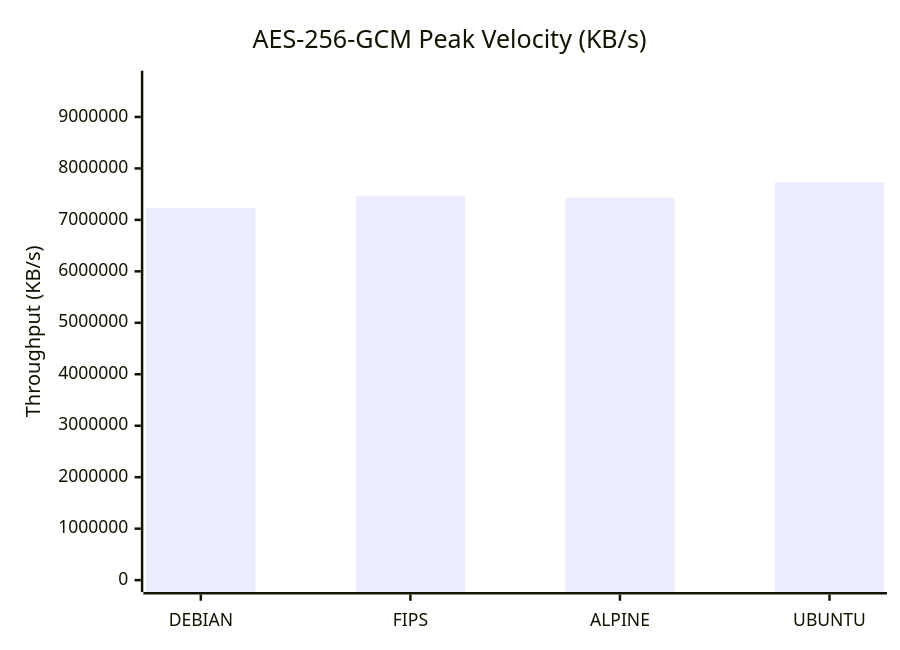
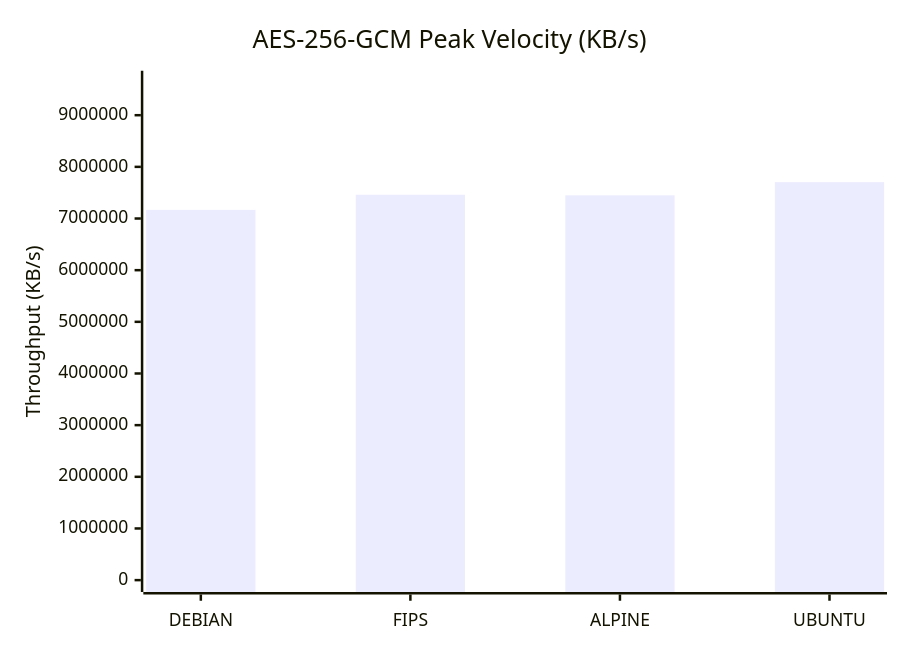
One commit to taha2samy/openssl_fips changed the first of 9 diagrams in docs/Comparison_Report.md. Above: the diagram before and after it, drawn with Mermaid. The commit also changed other lines of this file and 2 other files, not shown here.

````diff
--- a/docs/Comparison_Report.md
+++ b/docs/Comparison_Report.md
@@ -56,7 +56,7 @@
 ```mermaid
 xychart-beta
     title "AES-256-GCM Peak Velocity (KB/s)"
     x-axis [DEBIAN, FIPS, ALPINE, UBUNTU]
-    y-axis "Throughput (KB/s)" 0 --> 9667002
-    bar [7235144.91, 7460254.52, 7434102.25, 7733601.89]
+    y-axis "Throughput (KB/s)" 0 --> 9630545
+    bar [7166976.0, 7459840.0, 7449034.75, 7704436.74]
 ```
````
